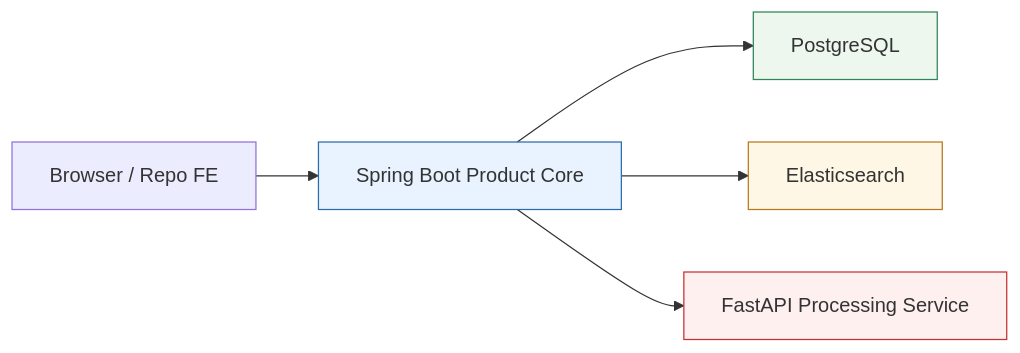
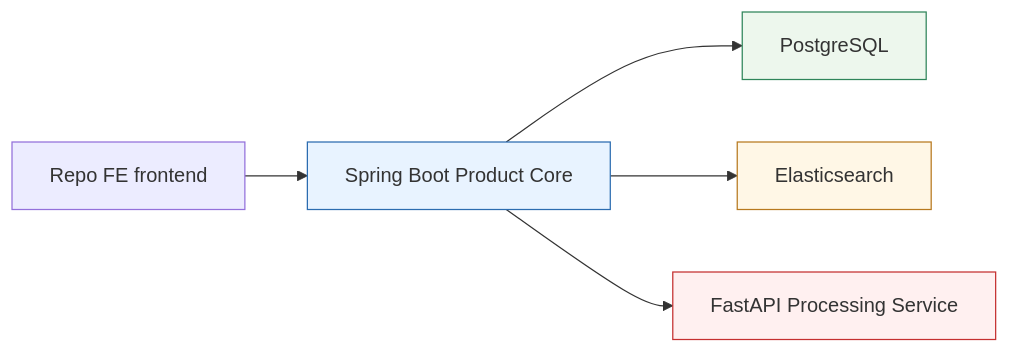
One commit to quangducnguyen1205/ai-knowledge-workspace changed the diagram in docs/architecture/02-service-boundaries.md. Above: the diagram before and after it, drawn with Mermaid. The commit also changed other lines of this file and 7 other files, not shown here.

````diff
--- a/docs/architecture/02-service-boundaries.md
+++ b/docs/architecture/02-service-boundaries.md
@@ -9,17 +9,17 @@
 ```mermaid
 flowchart LR
-    FE["Browser / Repo FE"] --> S["Spring Boot Product Core"]
+    FE["Repo FE frontend"] --> S["Spring Boot Product Core"]
     S --> P["PostgreSQL"]
     S --> E["Elasticsearch"]
     S --> F["FastAPI Processing Service"]
 
     S:::product
     P:::storage
     E:::search
     F:::processing
 
     classDef product fill:#e8f3ff,stroke:#2b6cb0,stroke-width:1px
     classDef storage fill:#edf7ed,stroke:#2f855a,stroke-width:1px
     classDef search fill:#fff7e6,stroke:#b7791f,stroke-width:1px
     classDef processing fill:#fff0f0,stroke:#c53030,stroke-width:1px
 ```
````
